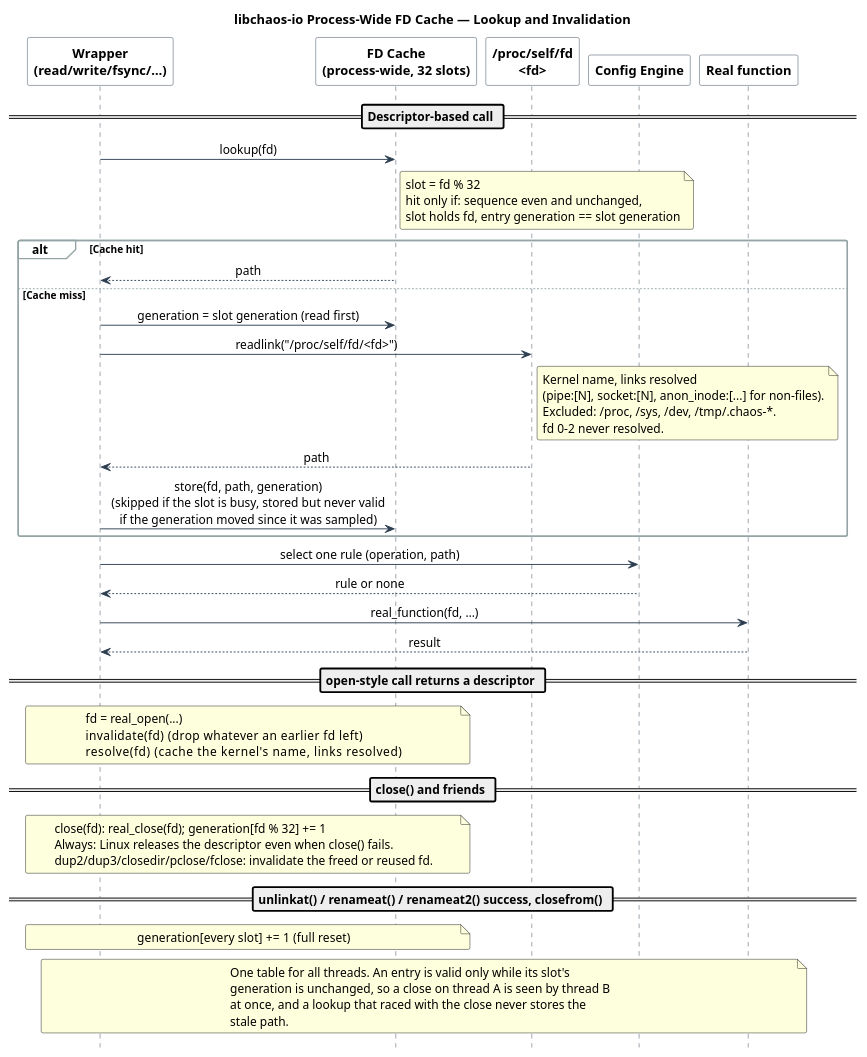
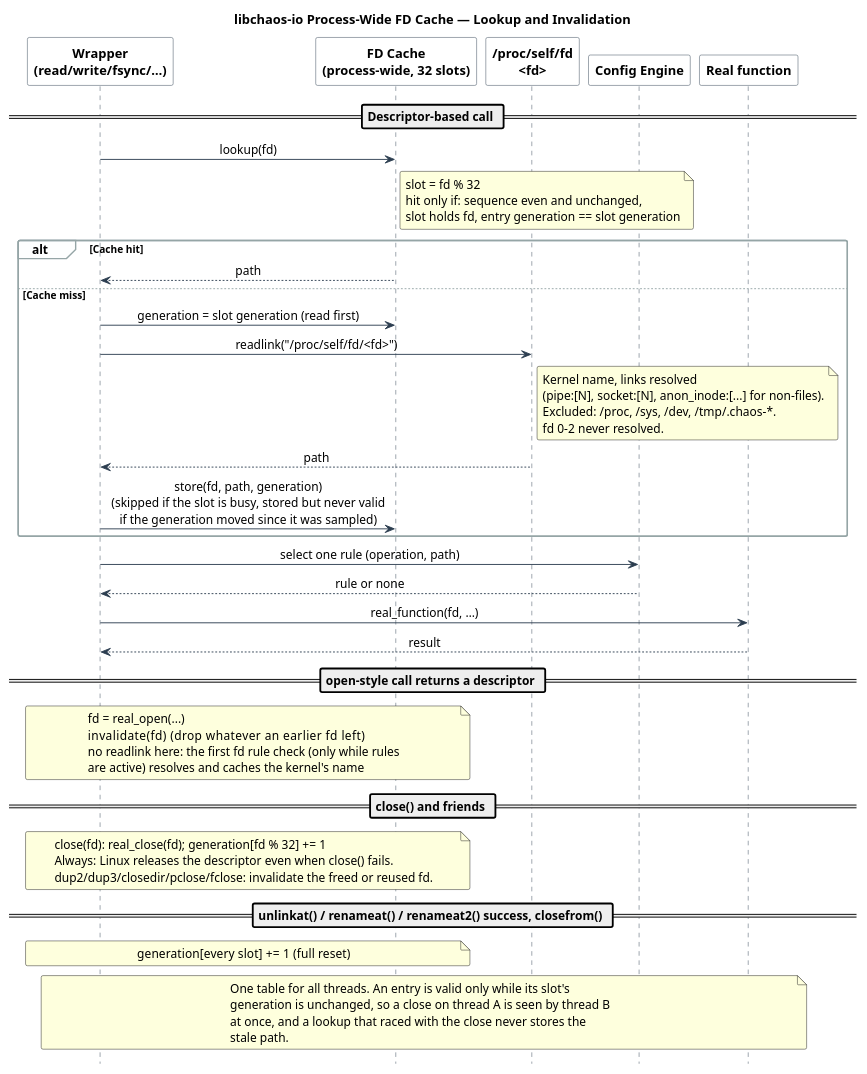
The fourth of 4 diagrams in docs/IO.md (macstab/macstab-chaos-testing-libraries), drawn with PlantUML before and after one commit. The commit also changed 103 other files, not shown here.

```diff
--- a/docs/IO.md
+++ b/docs/IO.md
@@ -625,7 +625,8 @@
 note over Wrap, Cache
   fd = real_open(...)
   invalidate(fd)       (drop whatever an earlier fd left)
-  resolve(fd)          (cache the kernel's name, links resolved)
+  no readlink here: the first fd rule check (only while rules
+  are active) resolves and caches the kernel's name
 end note
 
 == close() and friends ==
```
